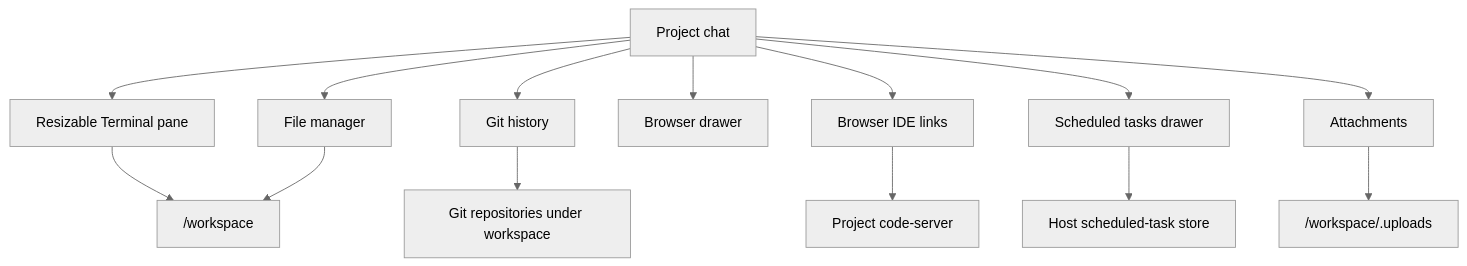
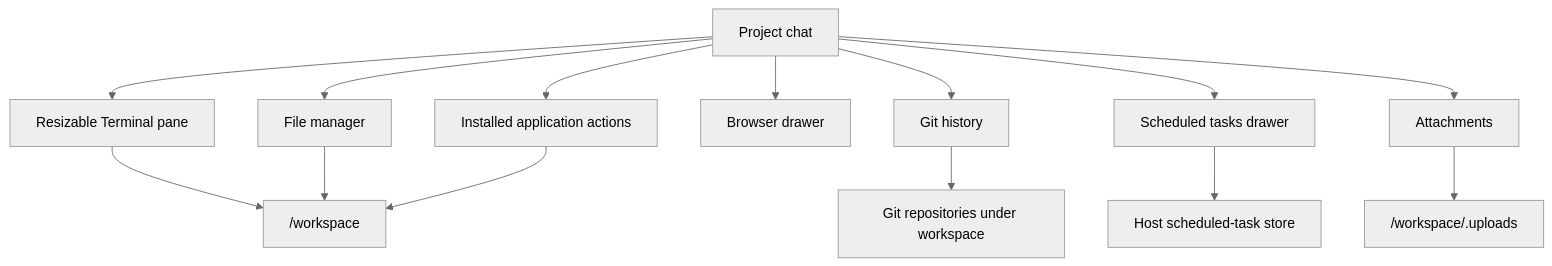
One commit to Ahmedwaleed22/remote.futrx changed the first of 5 diagrams in docs/02-workspaces/05-workspace-tools.md. Above: the diagram before and after it, drawn with Mermaid (neutral theme). The commit also changed other lines of this file and 80 other files, not shown here.

First line of the commit message:
feat(code-server): replace built-in editor with an independent application

````diff
--- a/docs/02-workspaces/05-workspace-tools.md
+++ b/docs/02-workspaces/05-workspace-tools.md
@@ -9,17 +9,17 @@
 ```mermaid
 flowchart TD
     Chat["Project chat"] --> Terminal["Resizable Terminal pane"]
     Chat --> Files["File manager"]
     Chat --> History["Git history"]
     Chat --> Browser["Browser drawer"]
-    Chat --> IDE["Browser IDE links"]
+    Chat --> Apps["Installed application actions"]
     Chat --> Schedules["Scheduled tasks drawer"]
     Chat --> Upload["Attachments"]
 
     Terminal --> Workspace["/workspace"]
     Files --> Workspace
     History --> Repos["Git repositories under workspace"]
-    IDE --> CodeServer["Project code-server"]
+    Apps --> Workspace
     Upload --> UploadDir["/workspace/.uploads"]
     Schedules --> ScheduleStore["Host scheduled-task store"]
 ```
````
